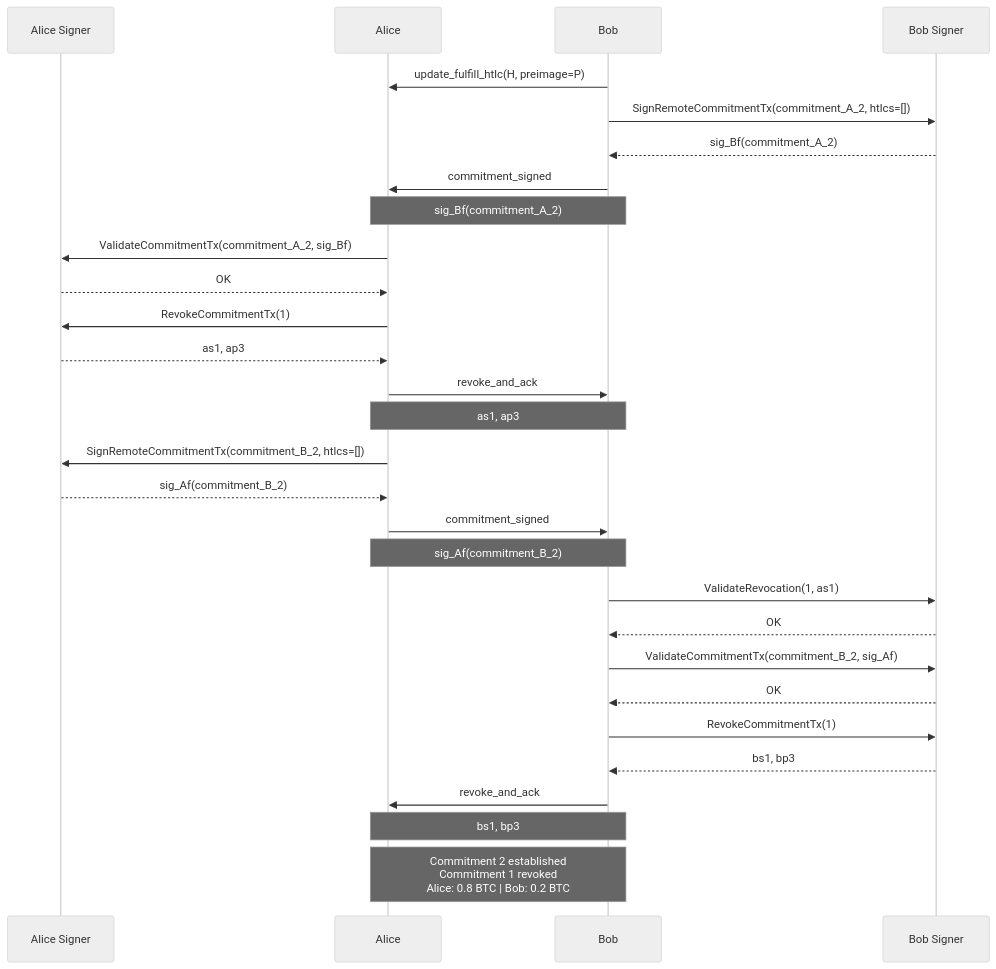
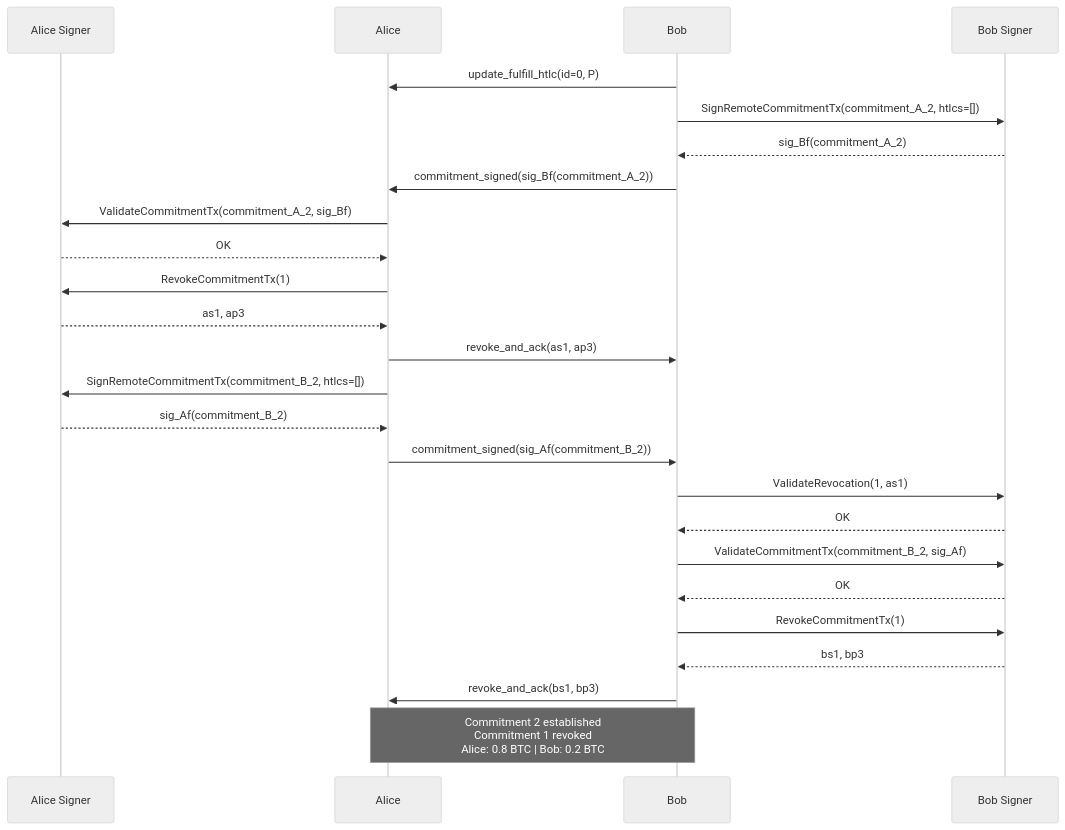
Before and after one commit to dukeh3/vls-arch: the third of 4 diagrams in future/01-alice-pays-bob.md, drawn with Mermaid (neutral theme). The commit also changed other lines of this file and 4 other files, not shown here.

First line of the commit message:
Add challenges doc, inline params in all diagrams, expand redundancy analysis

````diff
--- a/future/01-alice-pays-bob.md
+++ b/future/01-alice-pays-bob.md
@@ -169,44 +159,40 @@
 ```mermaid
 sequenceDiagram
     participant SignerA as Alice Signer
     participant Alice
     participant Bob
     participant SignerB as Bob Signer
 
-    Bob->>Alice: update_fulfill_htlc(H, preimage=P)
+    Bob->>Alice: update_fulfill_htlc(id=0, P)
 
     Bob->>SignerB: SignRemoteCommitmentTx(commitment_A_2, htlcs=[])
     SignerB-->>Bob: sig_Bf(commitment_A_2)
 
-    Bob->>Alice: commitment_signed
-    Note over Alice, Bob: sig_Bf(commitment_A_2)
+    Bob->>Alice: commitment_signed(sig_Bf(commitment_A_2))
 
     Alice->>SignerA: ValidateCommitmentTx(commitment_A_2, sig_Bf)
     SignerA-->>Alice: OK
 
     Alice->>SignerA: RevokeCommitmentTx(1)
     SignerA-->>Alice: as1, ap3
 
-    Alice->>Bob: revoke_and_ack
-    Note over Alice, Bob: as1, ap3
+    Alice->>Bob: revoke_and_ack(as1, ap3)
 
     Alice->>SignerA: SignRemoteCommitmentTx(commitment_B_2, htlcs=[])
     SignerA-->>Alice: sig_Af(commitment_B_2)
 
-    Alice->>Bob: commitment_signed
-    Note over Alice, Bob: sig_Af(commitment_B_2)
+    Alice->>Bob: commitment_signed(sig_Af(commitment_B_2))
 
     Bob->>SignerB: ValidateRevocation(1, as1)
     SignerB-->>Bob: OK
 
     Bob->>SignerB: ValidateCommitmentTx(commitment_B_2, sig_Af)
     SignerB-->>Bob: OK
 
     Bob->>SignerB: RevokeCommitmentTx(1)
     SignerB-->>Bob: bs1, bp3
 
-    Bob->>Alice: revoke_and_ack
-    Note over Alice, Bob: bs1, bp3
+    Bob->>Alice: revoke_and_ack(bs1, bp3)
 
     Note over Alice, Bob: Commitment 2 established<br/>Commitment 1 revoked<br/>Alice: 0.8 BTC | Bob: 0.2 BTC
 ```
````
